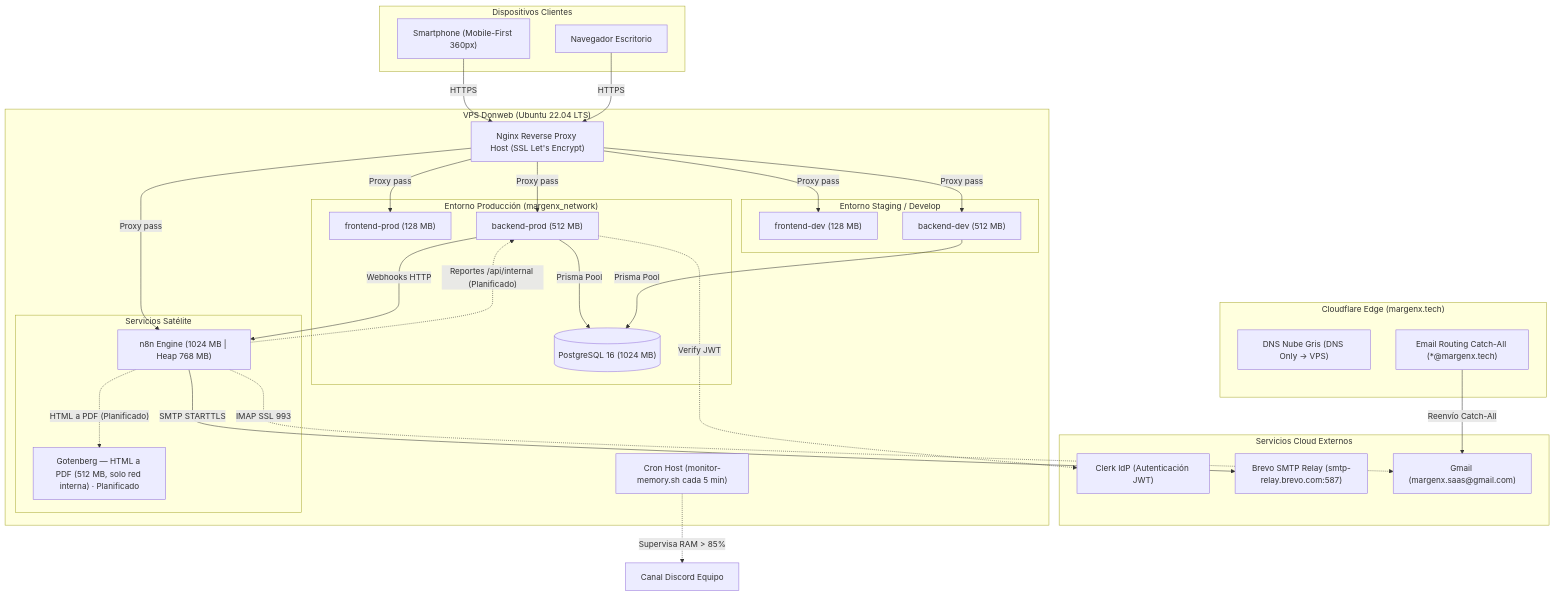
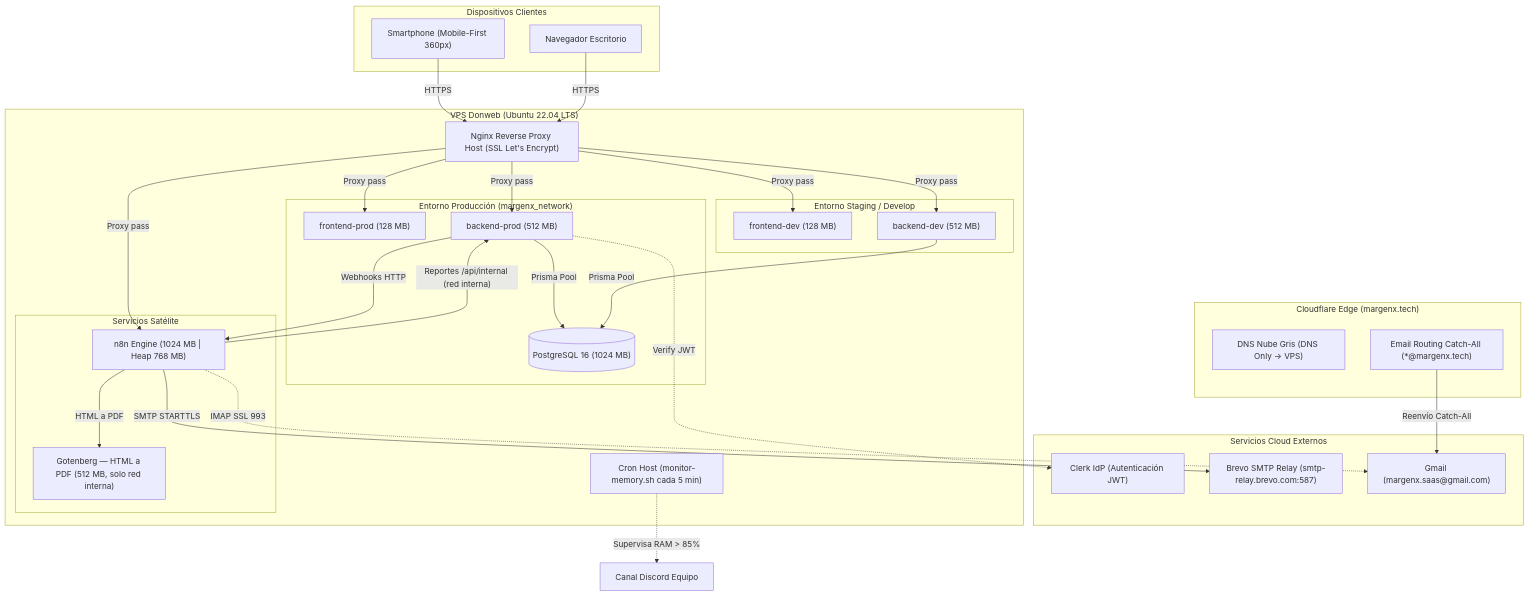
One commit to dgimenezdeveloper/margenx changed the third of 3 diagrams in docs/Arquitectura-Software-(SAD).md. Above: the diagram before and after it, drawn with Mermaid. The commit also changed other lines of this file and 20 other files, not shown here.

First line of the commit message:
feat(n8n): reporte semanal de márgenes en PDF con Gotenberg y ADR-009 (#416)

````diff
--- a/docs/Arquitectura-Software-(SAD).md
+++ b/docs/Arquitectura-Software-(SAD).md
@@ -450,58 +450,58 @@
 ```mermaid
 graph TB
     subgraph CLIENTES ["Dispositivos Clientes"]
         Mobile["Smartphone (Mobile-First 360px)"]
         Desktop["Navegador Escritorio"]
     end
 
     subgraph CLOUDFLARE ["Cloudflare Edge (margenx.tech)"]
         DNS["DNS Nube Gris (DNS Only → VPS)"]
         EmailRouting["Email Routing Catch-All (*@margenx.tech)"]
     end
 
     subgraph EXT_SERVICES ["Servicios Cloud Externos"]
         Clerk["Clerk IdP (Autenticación JWT)"]
         Brevo["Brevo SMTP Relay (smtp-relay.brevo.com:587)"]
         Gmail["Gmail (margenx.saas@gmail.com)"]
     end
 
     subgraph VPS ["VPS Donweb (Ubuntu 22.04 LTS)"]
         Nginx["Nginx Reverse Proxy Host (SSL Let's Encrypt)"]
         CronHost["Cron Host (monitor-memory.sh cada 5 min)"]
 
         subgraph STACK_PROD ["Entorno Producción (margenx_network)"]
             FrontP["frontend-prod (128 MB)"]
             BackP["backend-prod (512 MB)"]
             DB_Prod[("PostgreSQL 16 (1024 MB)")]
         end
 
         subgraph STACK_DEV ["Entorno Staging / Develop"]
             FrontD["frontend-dev (128 MB)"]
             BackD["backend-dev (512 MB)"]
         end
 
         subgraph AUTOMATION ["Servicios Satélite"]
             N8N["n8n Engine (1024 MB | Heap 768 MB)"]
-            Gotenberg["Gotenberg — HTML a PDF (512 MB, solo red interna) · Planificado"]
+            Gotenberg["Gotenberg — HTML a PDF (512 MB, solo red interna)"]
         end
     end
 
     Mobile -->|HTTPS| Nginx
     Desktop -->|HTTPS| Nginx
     Nginx -->|Proxy pass| FrontP
     Nginx -->|Proxy pass| BackP
     Nginx -->|Proxy pass| FrontD
     Nginx -->|Proxy pass| BackD
     Nginx -->|Proxy pass| N8N
 
     BackP -->|Prisma Pool| DB_Prod
     BackD -->|Prisma Pool| DB_Prod
     BackP -.->|Verify JWT| Clerk
     BackP -->|Webhooks HTTP| N8N
     N8N -->|SMTP STARTTLS| Brevo
-    N8N -.->|"Reportes /api/internal (Planificado)"| BackP
-    N8N -.->|"HTML a PDF (Planificado)"| Gotenberg
+    N8N -->|"Reportes /api/internal (red interna)"| BackP
+    N8N -->|"HTML a PDF"| Gotenberg
     EmailRouting -->|Reenvío Catch-All| Gmail
     N8N -.->|IMAP SSL 993| Gmail
     CronHost -.->|Supervisa RAM > 85%| Discord["Canal Discord Equipo"]
 ```
````
